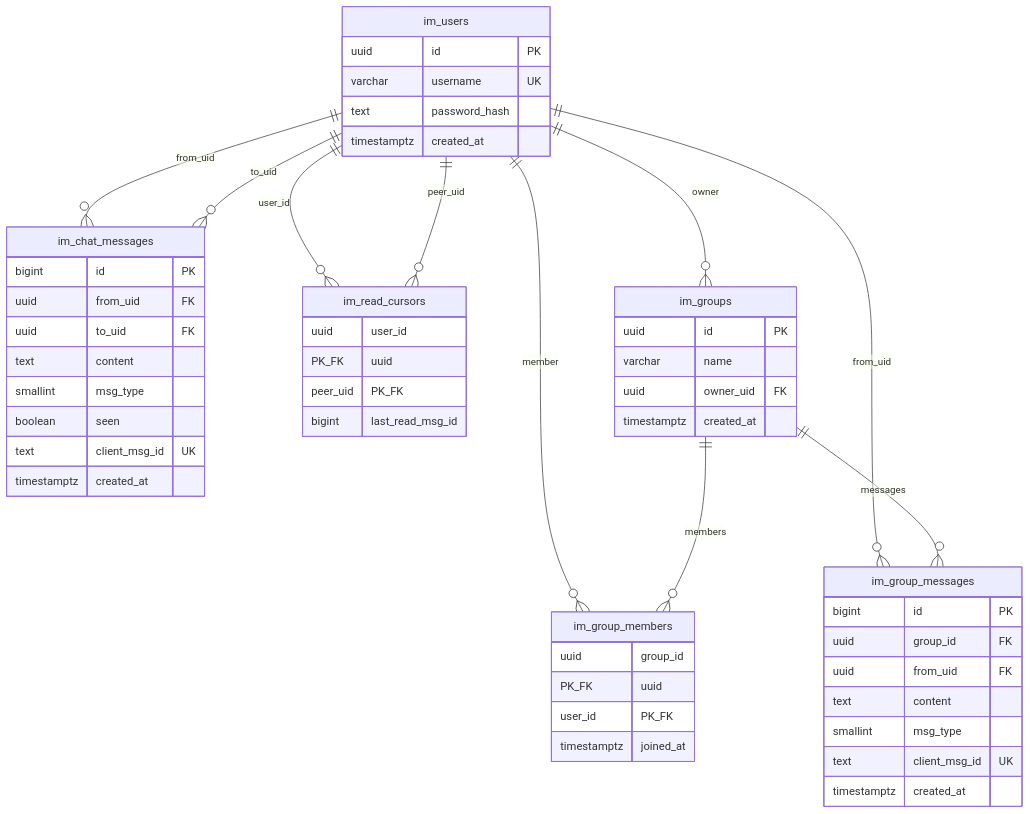
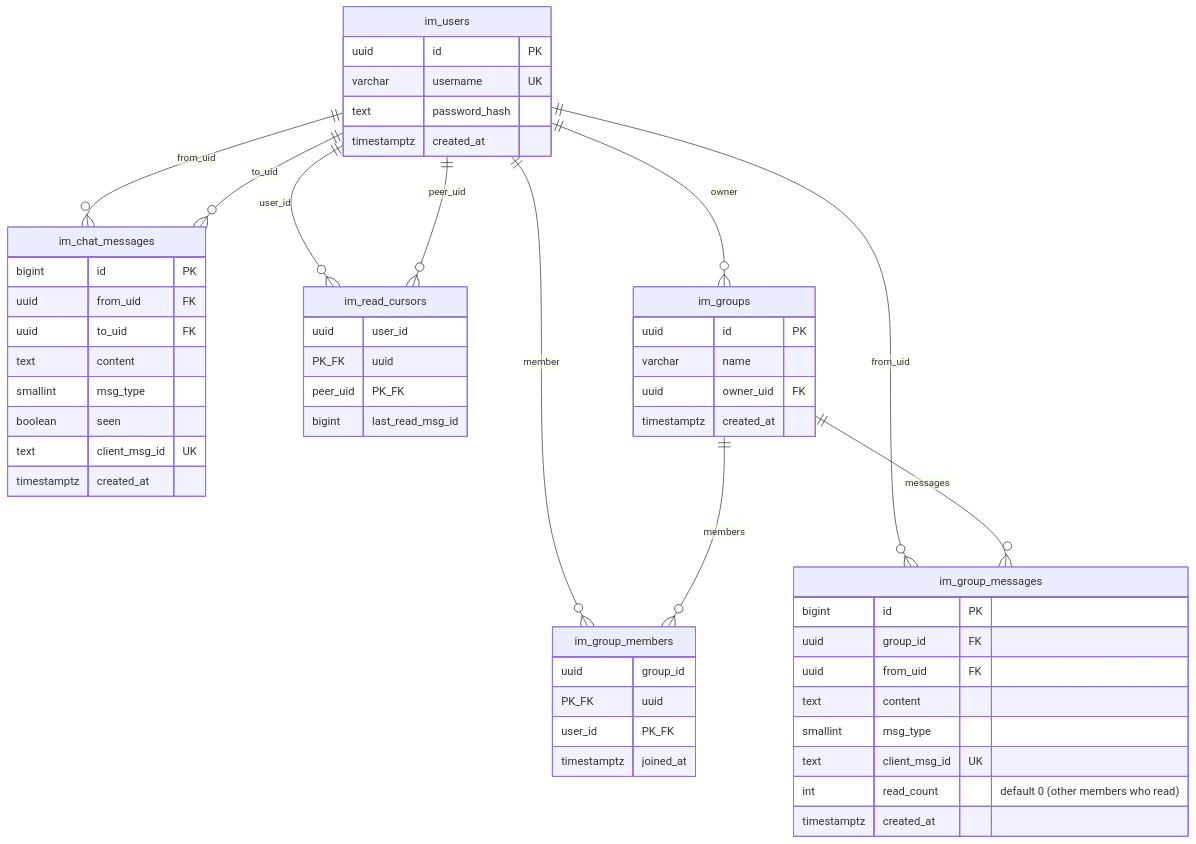
Before and after one commit to csmyx/myx-im: the first of 12 diagrams in doc/schema.md, drawn with Mermaid. The commit also changed other lines of this file and 14 other files, not shown here.

First line of the commit message:
perf: stored read_count on im_group_messages (Plan B — increment at write time)

````diff
--- a/doc/schema.md
+++ b/doc/schema.md
@@ -5,59 +5,60 @@
 ```mermaid
 erDiagram
     im_users {
         uuid id PK
         varchar username UK
         text password_hash
         timestamptz created_at
     }
 
     im_chat_messages {
         bigint id PK
         uuid from_uid FK
         uuid to_uid FK
         text content
         smallint msg_type
         boolean seen
         text client_msg_id UK
         timestamptz created_at
     }
 
     im_read_cursors {
         uuid user_id PK_FK
         uuid peer_uid PK_FK
         bigint last_read_msg_id
     }
 
     im_groups {
         uuid id PK
         varchar name
         uuid owner_uid FK
         timestamptz created_at
     }
 
     im_group_members {
         uuid group_id PK_FK
         uuid user_id PK_FK
         timestamptz joined_at
     }
 
     im_group_messages {
         bigint id PK
         uuid group_id FK
         uuid from_uid FK
         text content
         smallint msg_type
         text client_msg_id UK
+        int read_count "default 0 (other members who read)"
         timestamptz created_at
     }
 
     im_users ||--o{ im_chat_messages : "from_uid"
     im_users ||--o{ im_chat_messages : "to_uid"
     im_users ||--o{ im_read_cursors : "user_id"
     im_users ||--o{ im_read_cursors : "peer_uid"
     im_users ||--o{ im_groups : "owner"
     im_users ||--o{ im_group_members : "member"
     im_users ||--o{ im_group_messages : "from_uid"
     im_groups ||--o{ im_group_members : "members"
     im_groups ||--o{ im_group_messages : "messages"
 ```
````
